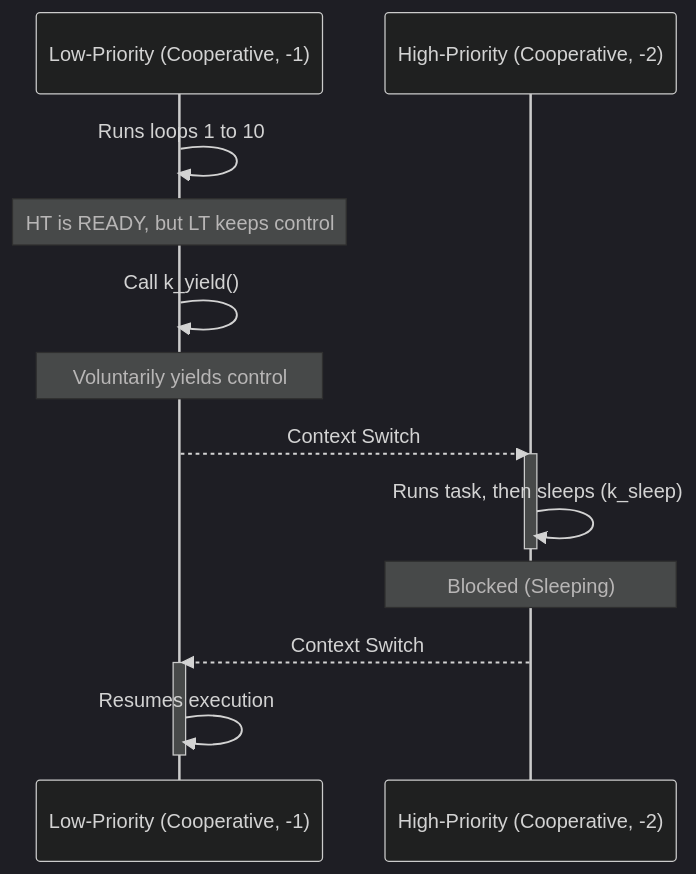
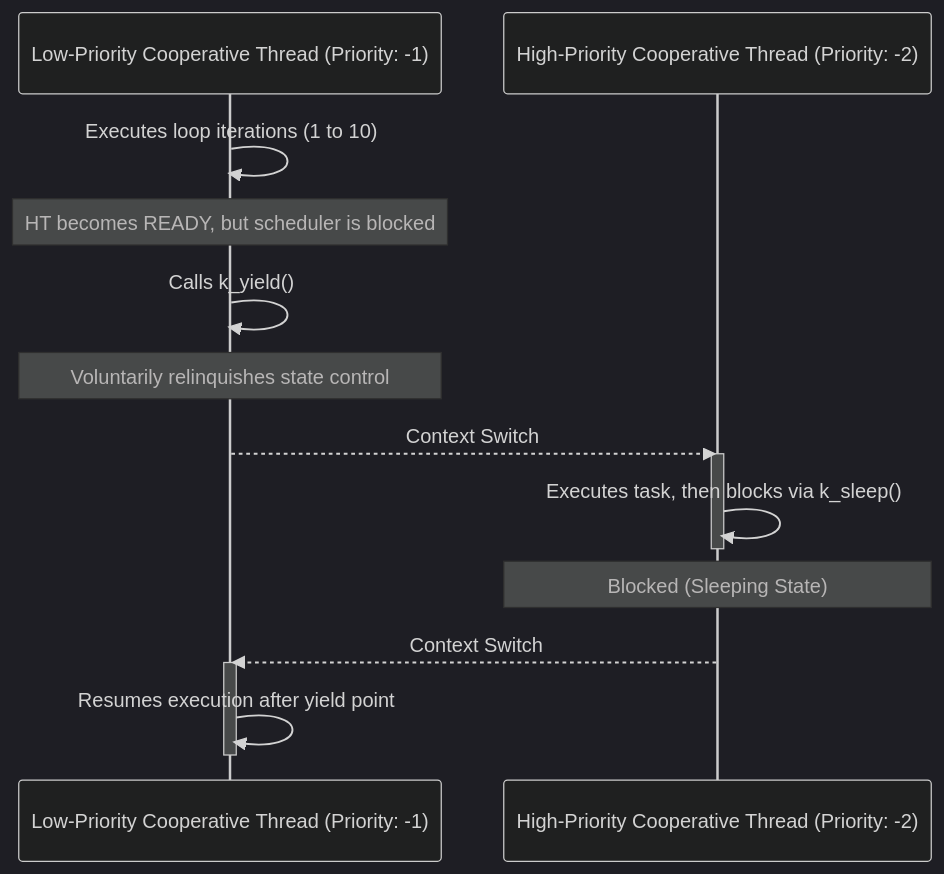
Before and after one commit to PriyaSelvakumar123/zephyr-rtos-projects: the first of 2 diagrams in README.md, drawn with Mermaid (dark theme). The commit also changed other lines of this file, not shown here.

````diff
--- a/README.md
+++ b/README.md
@@ -60,18 +105,18 @@
 ```mermaid
 sequenceDiagram
-    participant LT as Low-Priority (Cooperative, -1)
-    participant HT as High-Priority (Cooperative, -2)
-    LT->>LT: Runs loops 1 to 10
-    Note over LT: HT is READY, but LT keeps control
-    LT->>LT: Call k_yield()
-    Note over LT: Voluntarily yields control
+    participant LT as Low-Priority Cooperative Thread (Priority: -1)
+    participant HT as High-Priority Cooperative Thread (Priority: -2)
+    LT->>LT: Executes loop iterations (1 to 10)
+    Note over LT: HT becomes READY, but scheduler is blocked
+    LT->>LT: Calls k_yield()
+    Note over LT: Voluntarily relinquishes state control
     LT-->>HT: Context Switch
     activate HT
-    HT->>HT: Runs task, then sleeps (k_sleep)
+    HT->>HT: Executes task, then blocks via k_sleep()
     deactivate HT
-    Note over HT: Blocked (Sleeping)
+    Note over HT: Blocked (Sleeping State)
     HT-->>LT: Context Switch
     activate LT
-    LT->>LT: Resumes execution
+    LT->>LT: Resumes execution after yield point
     deactivate LT
 ```
````
